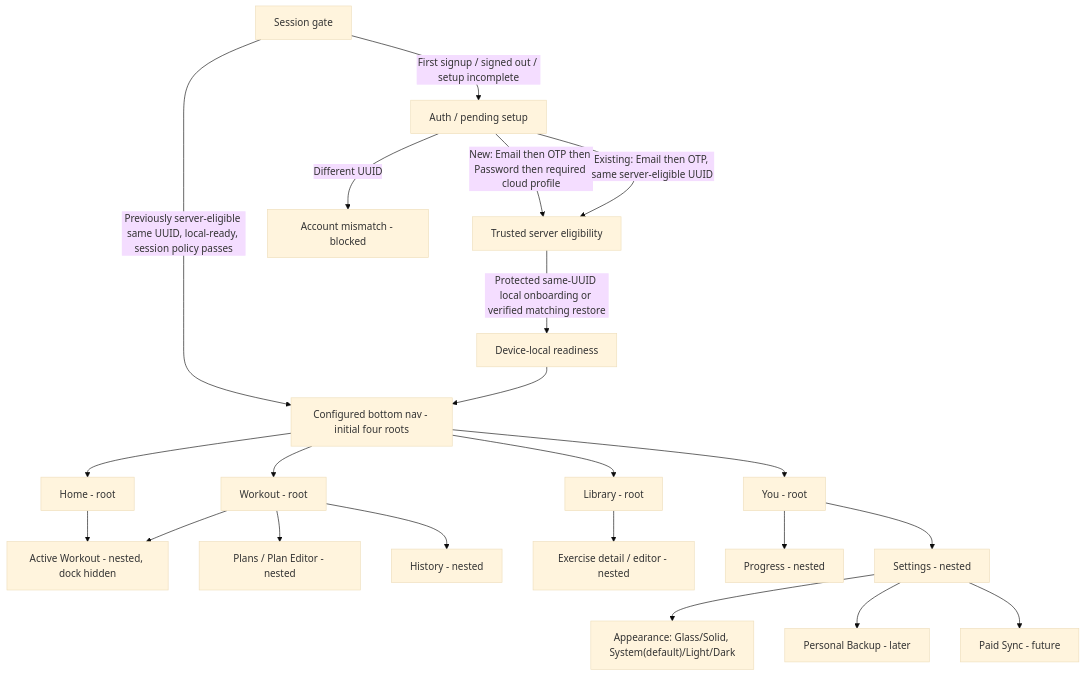
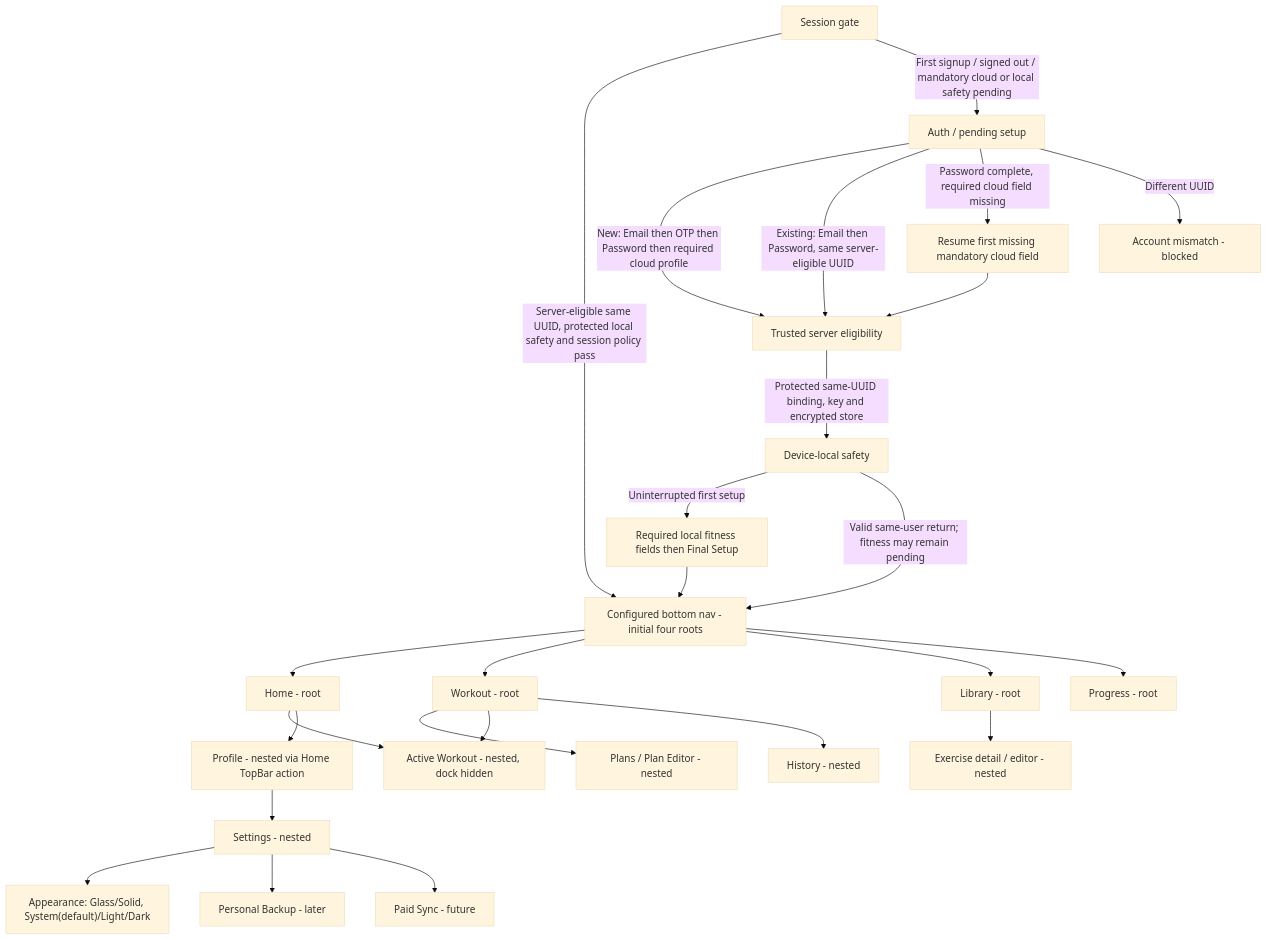
Before and after one commit to im-tnyx/Tio-Workspace: the diagram in docs/20-MVP-UX-FLOWS.md, drawn with Mermaid (base theme). The commit also changed other lines of this file and 15 other files, not shown here.

First line of the commit message:
docs: reconcile Auth and interrupted profile policy (#26)

````diff
--- a/docs/20-MVP-UX-FLOWS.md
+++ b/docs/20-MVP-UX-FLOWS.md
@@ -17,24 +17,28 @@
 ```mermaid
 flowchart TD
-  S["Session gate"] -->|Previously server-eligible same UUID, local-ready, session policy passes| Dock["Configured bottom nav - initial four roots"]
-  S -->|First signup / signed out / setup incomplete| Auth["Auth / pending setup"]
+  S["Session gate"] -->|Server-eligible same UUID, protected local safety and session policy pass| Dock["Configured bottom nav - initial four roots"]
+  S -->|First signup / signed out / mandatory cloud or local safety pending| Auth["Auth / pending setup"]
   Auth -->|New: Email then OTP then Password then required cloud profile| Eligible["Trusted server eligibility"]
-  Auth -->|Existing: Email then OTP, same server-eligible UUID| Eligible
-  Eligible -->|Protected same-UUID local onboarding or verified matching restore| Ready["Device-local readiness"]
-  Ready --> Dock
+  Auth -->|Existing: Email then Password, same server-eligible UUID| Eligible
+  Auth -->|Password complete, required cloud field missing| CloudPending["Resume first missing mandatory cloud field"]
+  CloudPending --> Eligible
+  Eligible -->|Protected same-UUID binding, key and encrypted store| Ready["Device-local safety"]
+  Ready -->|Uninterrupted first setup| Fitness["Required local fitness fields then Final Setup"]
+  Fitness --> Dock
+  Ready -->|Valid same-user return; fitness may remain pending| Dock
   Auth -->|Different UUID| Denied["Account mismatch - blocked"]
   Dock --> Home["Home - root"]
   Dock --> Workout["Workout - root"]
   Dock --> Library["Library - root"]
-  Dock --> You["You - root"]
+  Dock --> Progress["Progress - root"]
   Home --> Active["Active Workout - nested, dock hidden"]
   Workout --> Plans["Plans / Plan Editor - nested"]
   Workout --> Active
   Workout --> History["History - nested"]
   Library --> Exercise["Exercise detail / editor - nested"]
-  You --> Progress["Progress - nested"]
-  You --> Settings["Settings - nested"]
+  Home --> Profile["Profile - nested via Home TopBar action"]
+  Profile --> Settings["Settings - nested"]
   Settings --> Appear["Appearance: Glass/Solid, System(default)/Light/Dark"]
   Settings --> Backup["Personal Backup - later"]
   Settings --> Sync["Paid Sync - future"]
 ```
````
